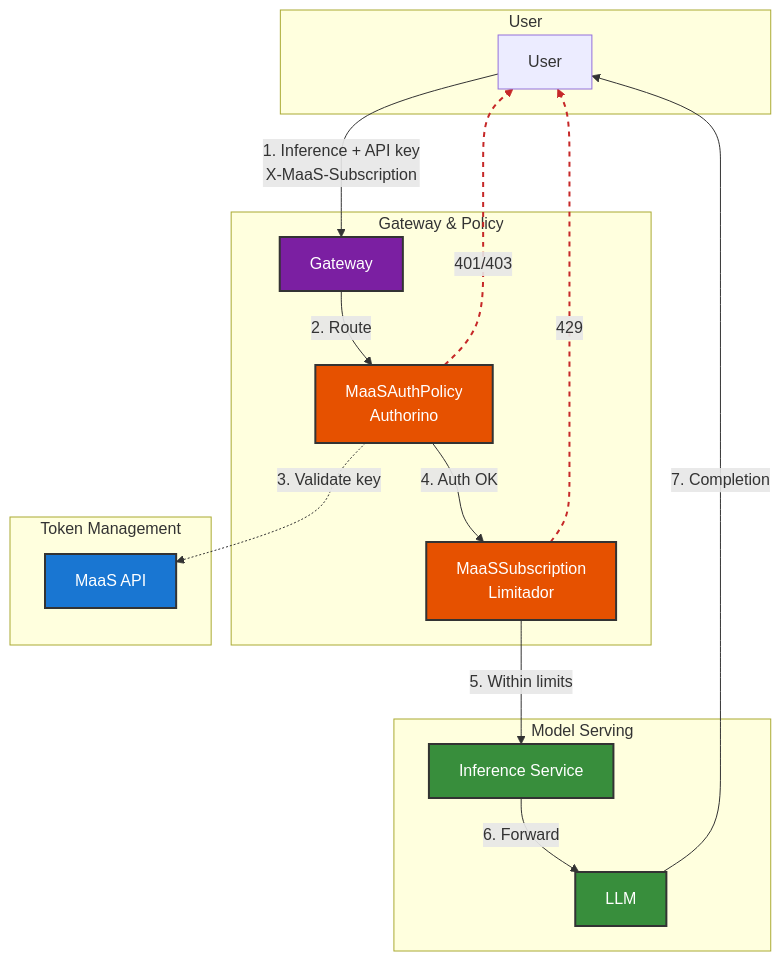
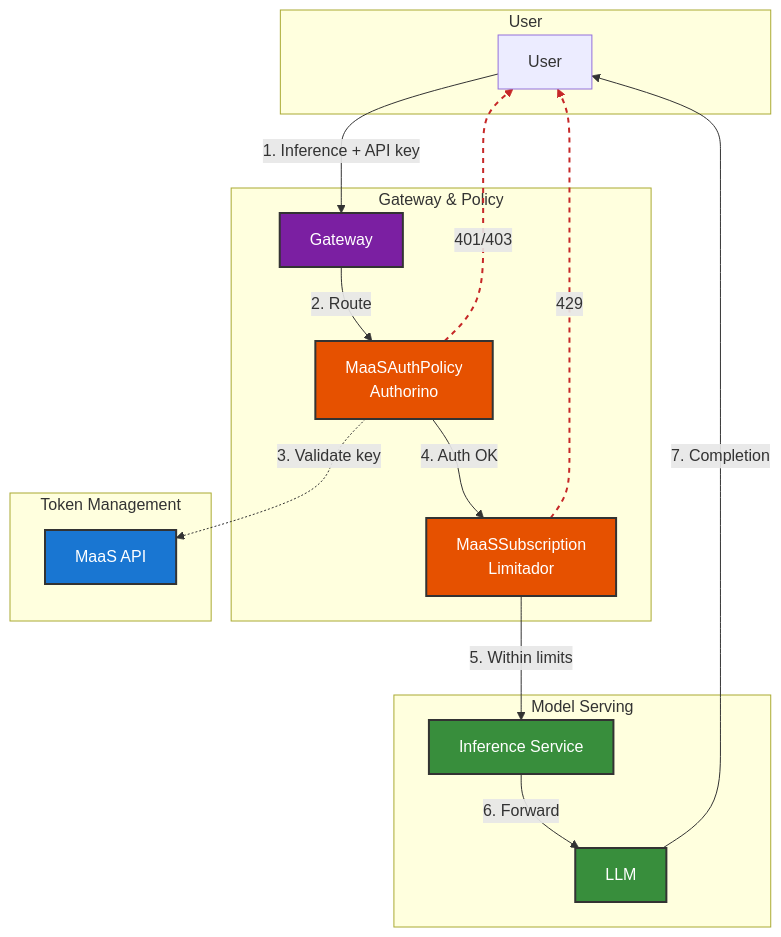
Before and after one commit to SB159/maas-billing: the fourth of 8 diagrams in docs/content/architecture.md, drawn with Mermaid. The commit also changed other lines of this file and 38 other files, not shown here.

First line of the commit message:
feat: remove reliance on subscription header in inference and models endpoint (#584)

````diff
--- a/docs/content/architecture.md
+++ b/docs/content/architecture.md
@@ -164,42 +164,42 @@
 ```mermaid
 graph TB
     subgraph UserLayer["User"]
         U[User]
     end
     
     subgraph GatewayLayer["Gateway & Policy"]
         G[Gateway]
         MAP[MaaSAuthPolicy<br/>Authorino]
         MS[MaaSSubscription<br/>Limitador]
     end
     
     subgraph MaaSLayer["Token Management"]
         API[MaaS API]
     end
     
     subgraph ModelLayer["Model Serving"]
         INV[Inference Service]
         LLM[LLM]
     end
     
-    U -->|"1. Inference + API key<br/>X-MaaS-Subscription"| G
+    U -->|"1. Inference + API key"| G
     G -->|"2. Route"| MAP
     MAP -.->|"3. Validate key"| API
     MAP -->|"4. Auth OK"| MS
     MS -->|"5. Within limits"| INV
     INV -->|"6. Forward"| LLM
     LLM -->|"7. Completion"| U
     
     MAP -.->|"401/403"| U
     MS -.->|"429"| U
     
     linkStyle 7 stroke:#c62828,stroke-width:2px,stroke-dasharray:5,5
     linkStyle 8 stroke:#c62828,stroke-width:2px,stroke-dasharray:5,5
     
     style API fill:#1976d2,stroke:#333,stroke-width:2px,color:#fff
     style G fill:#7b1fa2,stroke:#333,stroke-width:2px,color:#fff
     style MAP fill:#e65100,stroke:#333,stroke-width:2px,color:#fff
     style MS fill:#e65100,stroke:#333,stroke-width:2px,color:#fff
     style INV fill:#388e3c,stroke:#333,stroke-width:2px,color:#fff
     style LLM fill:#388e3c,stroke:#333,stroke-width:2px,color:#fff
 ```
````
